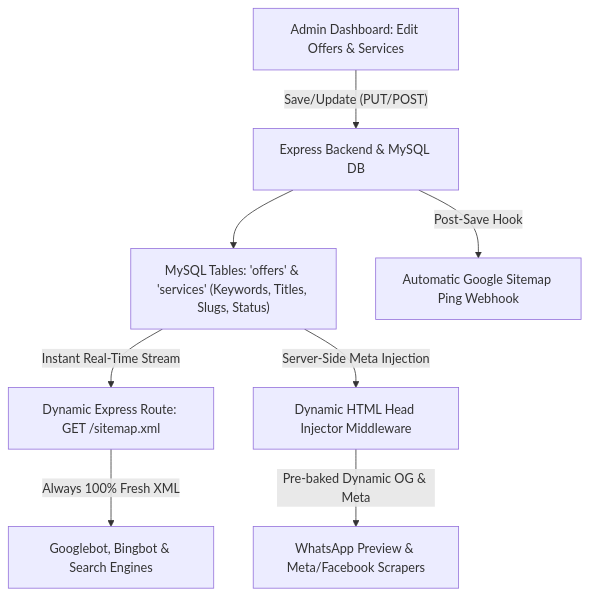
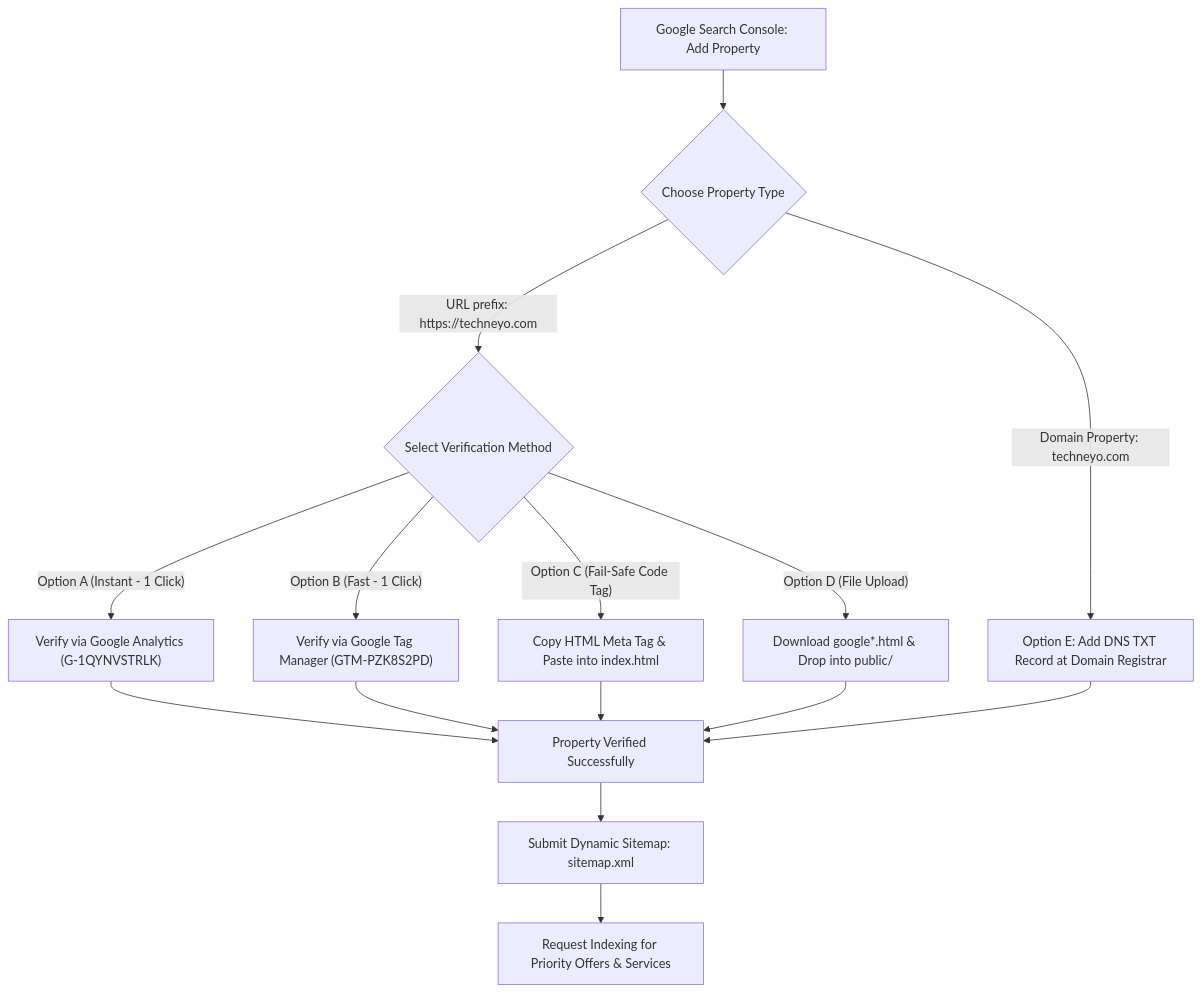
Before and after one commit to rickyriccs/techneyo-portfolio: the second of 2 diagrams in SEO_AUDIT_REPORT.md, drawn with Mermaid. The commit also changed other lines of this file and 5 other files, not shown here.

````diff
--- a/SEO_AUDIT_REPORT.md
+++ b/SEO_AUDIT_REPORT.md
@@ -39,13 +135,21 @@
 ```mermaid
 flowchart TD
-    A["Admin Dashboard: Edit Offers & Services"] -->|"Save/Update (PUT/POST)"| B["Express Backend & MySQL DB"]
-    B --> C["MySQL Tables: 'offers' & 'services' (Keywords, Titles, Slugs, Status)"]
+    A["Google Search Console: Add Property"] --> B{"Choose Property Type"}
     
-    C -->|"Instant Real-Time Stream"| D["Dynamic Express Route: GET /sitemap.xml"]
-    D -->|"Always 100% Fresh XML"| E["Googlebot, Bingbot & Search Engines"]
+    B -->|"URL prefix: https://techneyo.com"| C{"Select Verification Method"}
+    C -->|"Option A (Instant - 1 Click)"| D["Verify via Google Analytics (G-1QYNVSTRLK)"]
+    C -->|"Option B (Fast - 1 Click)"| E["Verify via Google Tag Manager (GTM-PZK8S2PD)"]
+    C -->|"Option C (Fail-Safe Code Tag)"| F["Copy HTML Meta Tag & Paste into index.html"]
+    C -->|"Option D (File Upload)"| G["Download google*.html & Drop into public/"]
     
-    C -->|"Server-Side Meta Injection"| F["Dynamic HTML Head Injector Middleware"]
-    F -->|"Pre-baked Dynamic OG & Meta"| G["WhatsApp Preview & Meta/Facebook Scrapers"]
+    B -->|"Domain Property: techneyo.com"| H["Option E: Add DNS TXT Record at Domain Registrar"]
     
-    B -->|"Post-Save Hook"| H["Automatic Google Sitemap Ping Webhook"]
+    D --> I["Property Verified Successfully"]
+    E --> I
+    F --> I
+    G --> I
+    H --> I
+    
+    I --> J["Submit Dynamic Sitemap: sitemap.xml"]
+    J --> K["Request Indexing for Priority Offers & Services"]
 ```
````
